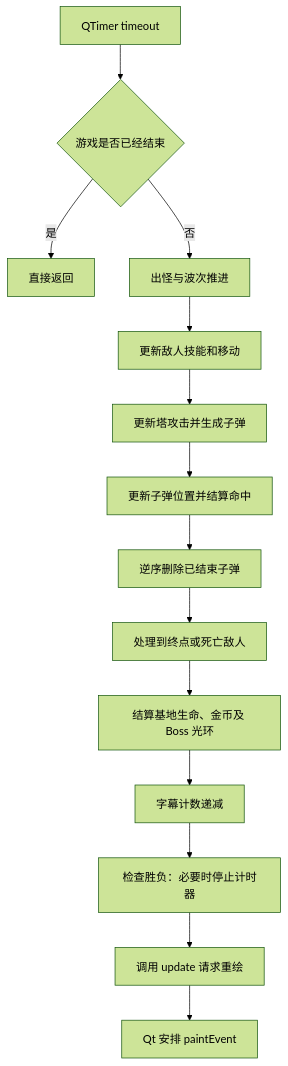
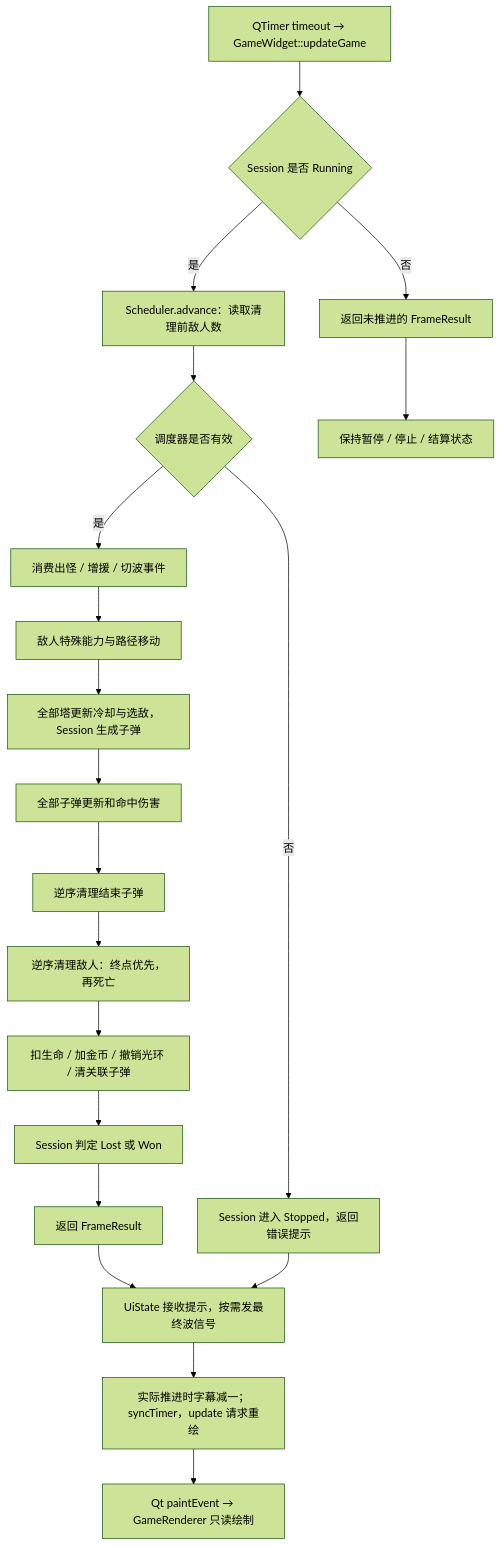
One commit to ystardustq7614/data_structure_project changed the third of 3 diagrams in 项目报告补充_第四五章.md. Above: the diagram before and after it, drawn with Mermaid (forest theme). The commit also changed other lines of this file and 91 other files, not shown here.

````diff
--- a/项目报告补充_第四五章.md
+++ b/项目报告补充_第四五章.md
@@ -126,16 +151,22 @@
 ```mermaid
 flowchart TD
-    A["QTimer timeout"] --> B{"游戏是否已经结束"}
-    B -->|是| Z["直接返回"]
-    B -->|否| C["出怪与波次推进"]
-    C --> D["更新敌人技能和移动"]
-    D --> E["更新塔攻击并生成子弹"]
-    E --> F["更新子弹位置并结算命中"]
-    F --> G["逆序删除已结束子弹"]
-    G --> H["处理到终点或死亡敌人"]
-    H --> I["结算基地生命、金币及 Boss 光环"]
-    I --> J["字幕计数递减"]
-    J --> K["检查胜负：必要时停止计时器"]
-    K --> L["调用 update 请求重绘"]
-    L --> P["Qt 安排 paintEvent"]
+    T["QTimer timeout → GameWidget::updateGame"] --> C{"Session 是否 Running"}
+    C -->|否| X["返回未推进的 FrameResult"]
+    C -->|是| A["Scheduler.advance：读取清理前敌人数"]
+    A --> Q{"调度器是否有效"}
+    Q -->|否| S["Session 进入 Stopped，返回错误提示"]
+    Q -->|是| E["消费出怪 / 增援 / 切波事件"]
+    E --> M["敌人特殊能力与路径移动"]
+    M --> W["全部塔更新冷却与选敌，Session 生成子弹"]
+    W --> B["全部子弹更新和命中伤害"]
+    B --> D["逆序清理结束子弹"]
+    D --> R["逆序清理敌人：终点优先，再死亡"]
+    R --> G["扣生命 / 加金币 / 撤销光环 / 清关联子弹"]
+    G --> V["Session 判定 Lost 或 Won"]
+    V --> F["返回 FrameResult"]
+    F --> U["UiState 接收提示，按需发最终波信号"]
+    U --> Y["实际推进时字幕减一；syncTimer，update 请求重绘"]
+    S --> U
+    X --> Z["保持暂停 / 停止 / 结算状态"]
+    Y --> P["Qt paintEvent → GameRenderer 只读绘制"]
 ```
````
